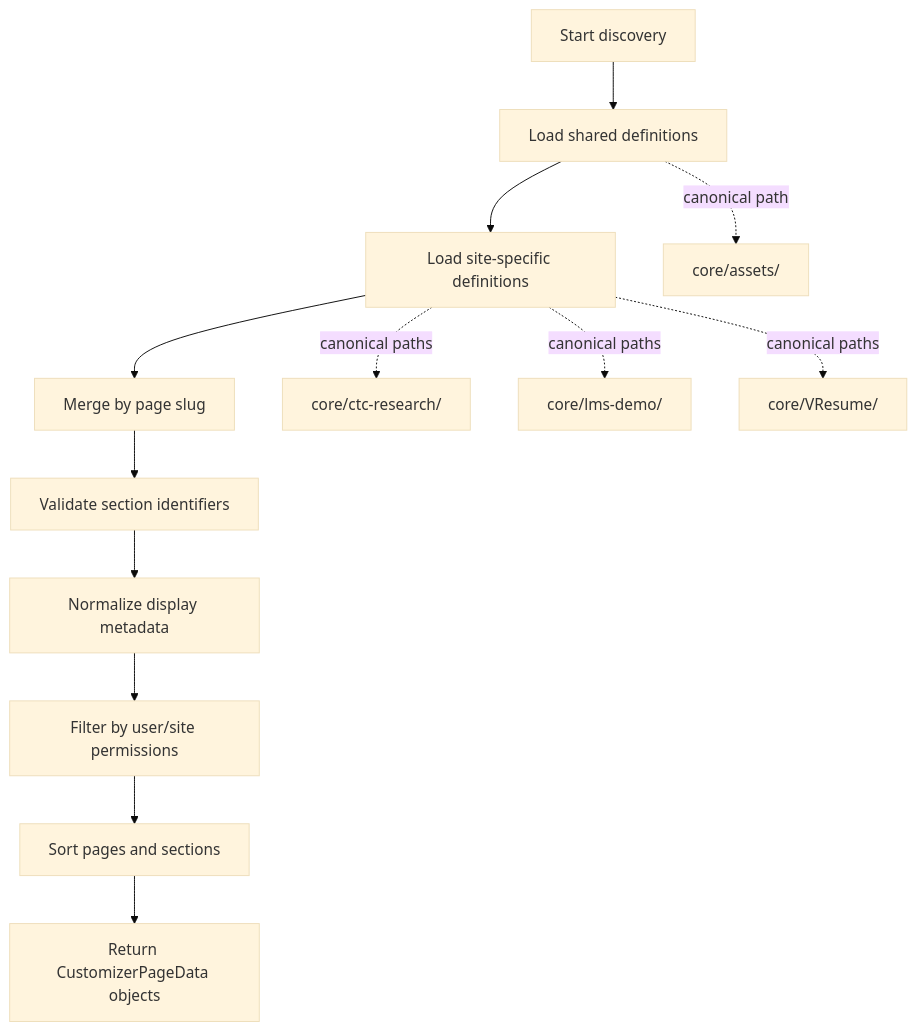
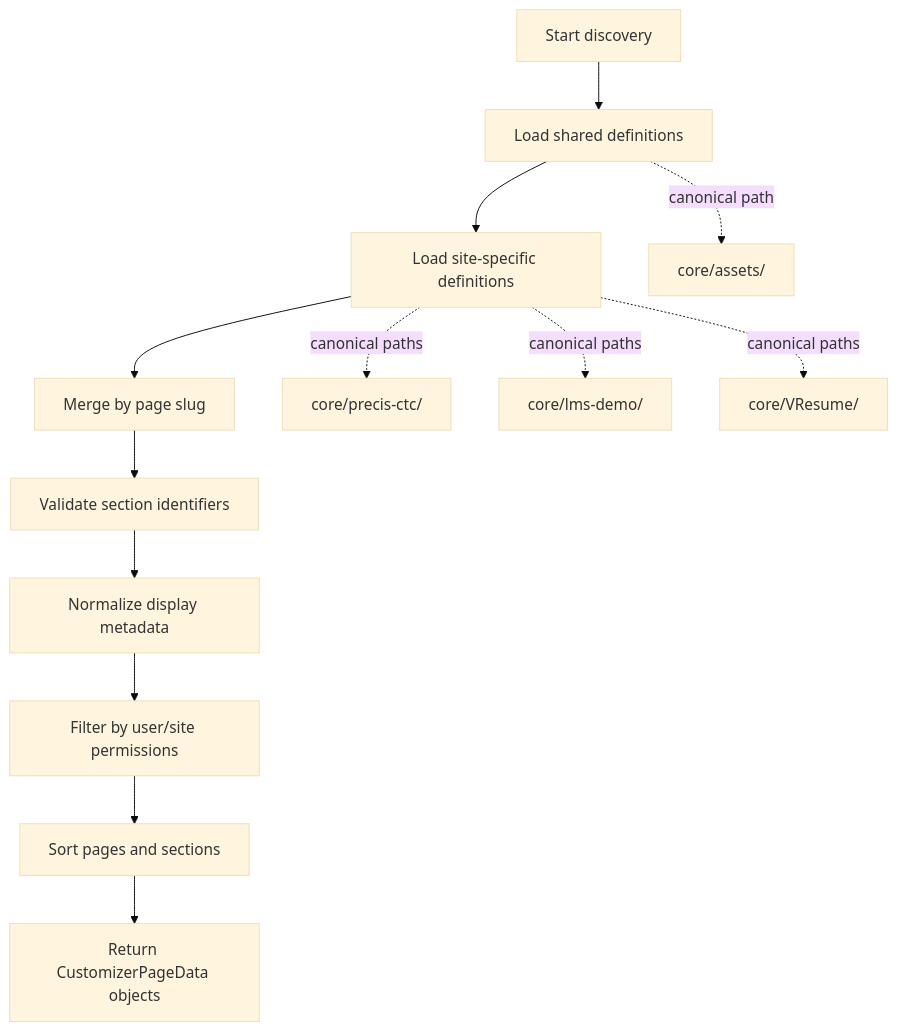
One commit to mammhoud/django-fusion changed the third of 3 diagrams in docs/dev/technical/development/guides/customizer-django-fusion-components.md. Above: the diagram before and after it, drawn with Mermaid (base theme). The commit also changed other lines of this file and 8611 other files, not shown here.

````diff
--- a/docs/dev/technical/development/guides/customizer-django-fusion-components.md
+++ b/docs/dev/technical/development/guides/customizer-django-fusion-components.md
@@ -135,16 +135,16 @@
 ```mermaid
 flowchart TD
     A[Start discovery] --> B[Load shared definitions]
     B --> C[Load site-specific definitions]
     C --> D[Merge by page slug]
     D --> E[Validate section identifiers]
     E --> F[Normalize display metadata]
     F --> G[Filter by user/site permissions]
     G --> H[Sort pages and sections]
     H --> I[Return CustomizerPageData objects]
 
     B -. canonical path .-> B1[core/assets/]
-    C -. canonical paths .-> C1[core/ctc-research/]
+    C -. canonical paths .-> C1[core/precis-ctc/]
     C -. canonical paths .-> C2[core/lms-demo/]
     C -. canonical paths .-> C3[core/VResume/]
 ```
````
